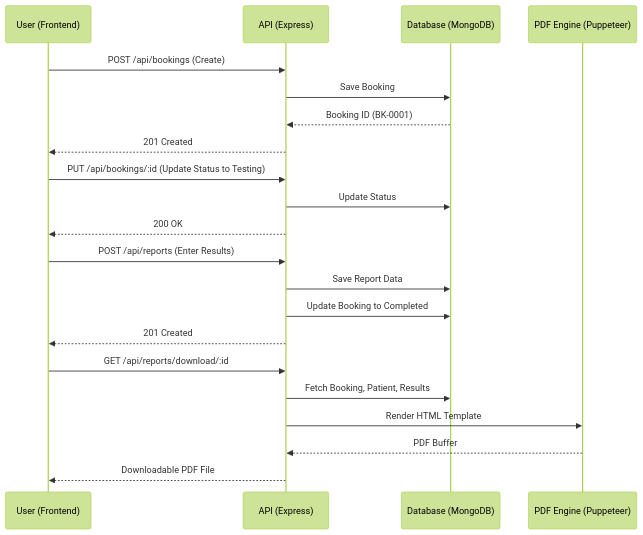
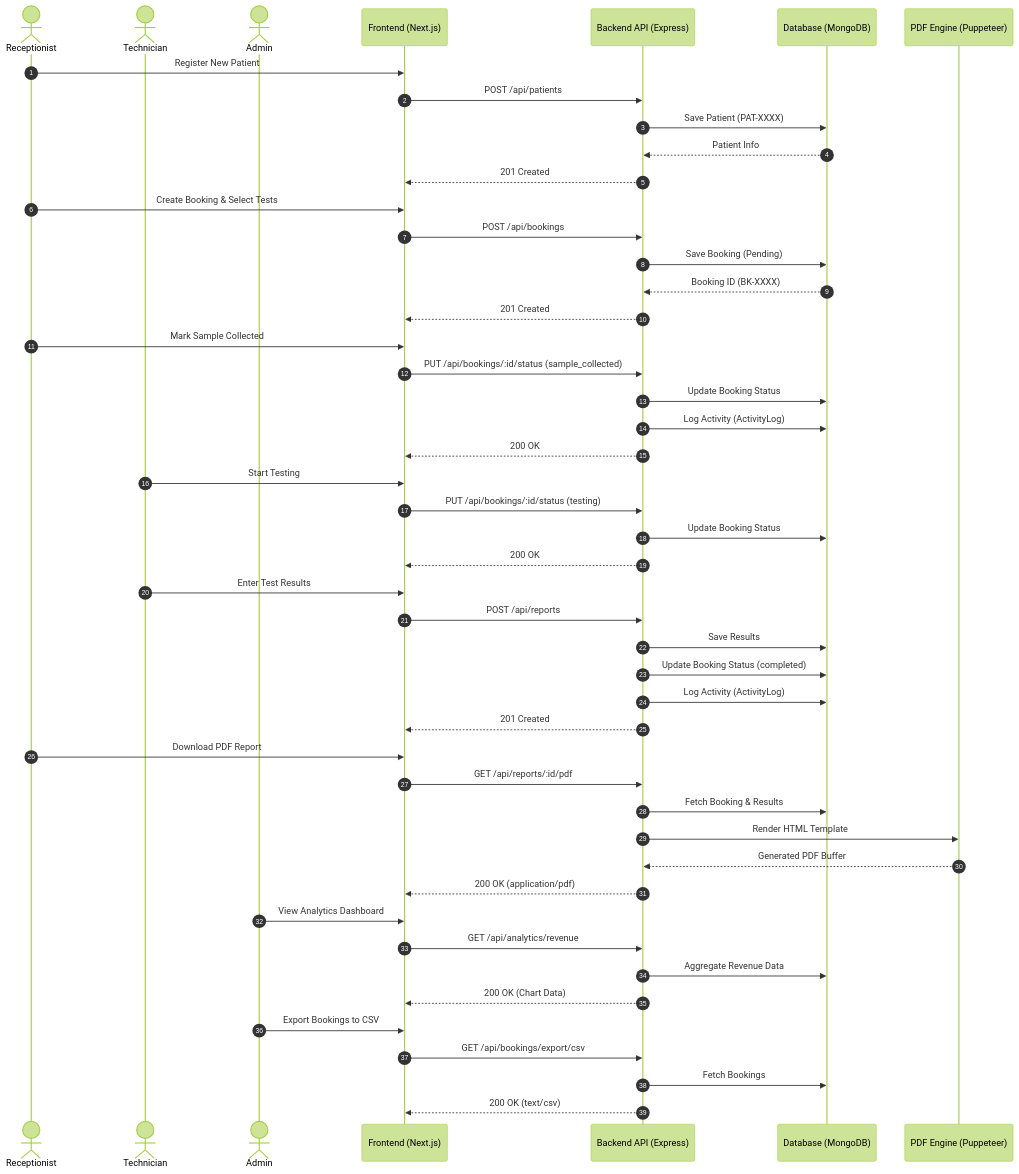
Before and after one commit to kasimshah19/Pathology-Lab: the second of 2 diagrams in README.md, drawn with Mermaid (forest theme).

Commit message:
docs: update sequence diagram to industry standard with new features

````diff
--- a/README.md
+++ b/README.md
@@ -292,27 +292,63 @@
 ```mermaid
 sequenceDiagram
-    participant U as User (Frontend)
-    participant A as API (Express)
+    autonumber
+    actor Rec as Receptionist
+    actor Tech as Technician
+    actor Adm as Admin
+    participant F as Frontend (Next.js)
+    participant A as Backend API (Express)
     participant D as Database (MongoDB)
     participant P as PDF Engine (Puppeteer)
 
-    U->>A: POST /api/bookings (Create)
-    A->>D: Save Booking
-    D-->>A: Booking ID (BK-0001)
-    A-->>U: 201 Created
+    %% Patient Registration & Booking
+    Rec->>F: Register New Patient
+    F->>A: POST /api/patients
+    A->>D: Save Patient (PAT-XXXX)
+    D-->>A: Patient Info
+    A-->>F: 201 Created
+    
+    Rec->>F: Create Booking & Select Tests
+    F->>A: POST /api/bookings
+    A->>D: Save Booking (Pending)
+    D-->>A: Booking ID (BK-XXXX)
+    A-->>F: 201 Created
 
-    U->>A: PUT /api/bookings/:id (Update Status to Testing)
-    A->>D: Update Status
-    A-->>U: 200 OK
+    %% Sample Collection
+    Rec->>F: Mark Sample Collected
+    F->>A: PUT /api/bookings/:id/status (sample_collected)
+    A->>D: Update Booking Status
+    A->>D: Log Activity (ActivityLog)
+    A-->>F: 200 OK
 
-    U->>A: POST /api/reports (Enter Results)
-    A->>D: Save Report Data
-    A->>D: Update Booking to Completed
-    A-->>U: 201 Created
+    %% Testing & Results
+    Tech->>F: Start Testing
+    F->>A: PUT /api/bookings/:id/status (testing)
+    A->>D: Update Booking Status
+    A-->>F: 200 OK
 
-    U->>A: GET /api/reports/download/:id
-    A->>D: Fetch Booking, Patient, Results
+    Tech->>F: Enter Test Results
+    F->>A: POST /api/reports
+    A->>D: Save Results
+    A->>D: Update Booking Status (completed)
+    A->>D: Log Activity (ActivityLog)
+    A-->>F: 201 Created
+
+    %% Report Generation
+    Rec->>F: Download PDF Report
+    F->>A: GET /api/reports/:id/pdf
+    A->>D: Fetch Booking & Results
     A->>P: Render HTML Template
-    P-->>A: PDF Buffer
-    A-->>U: Downloadable PDF File
+    P-->>A: Generated PDF Buffer
+    A-->>F: 200 OK (application/pdf)
+
+    %% Admin Features (Analytics & Export)
+    Adm->>F: View Analytics Dashboard
+    F->>A: GET /api/analytics/revenue
+    A->>D: Aggregate Revenue Data
+    A-->>F: 200 OK (Chart Data)
+
+    Adm->>F: Export Bookings to CSV
+    F->>A: GET /api/bookings/export/csv
+    A->>D: Fetch Bookings
+    A-->>F: 200 OK (text/csv)
 ```
````
